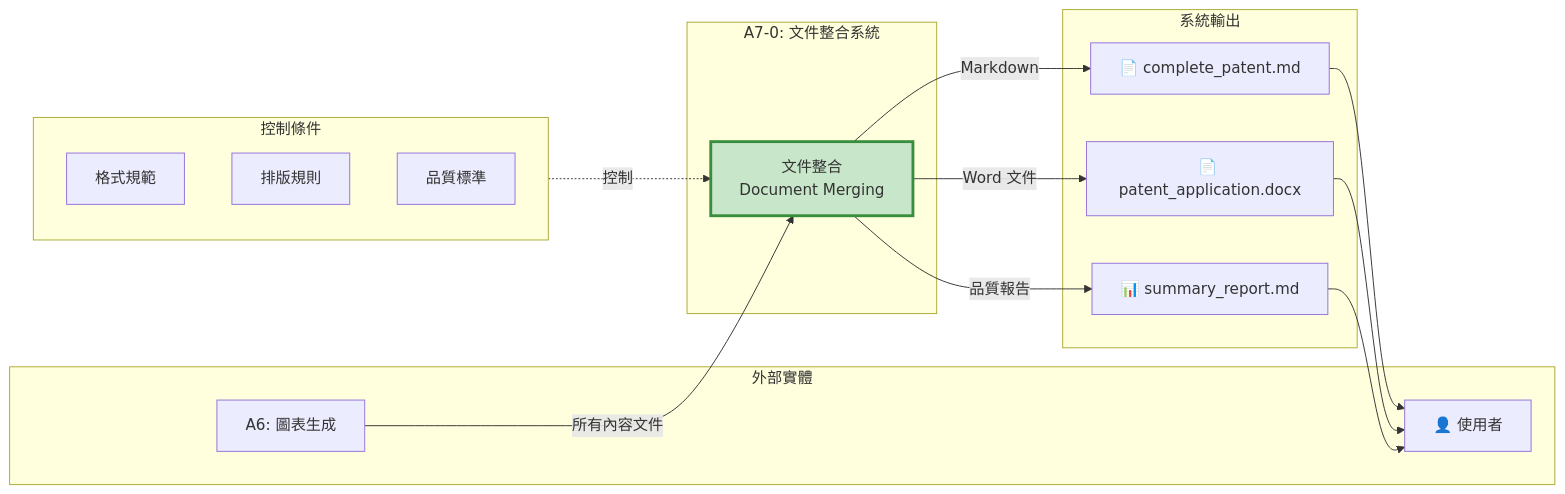
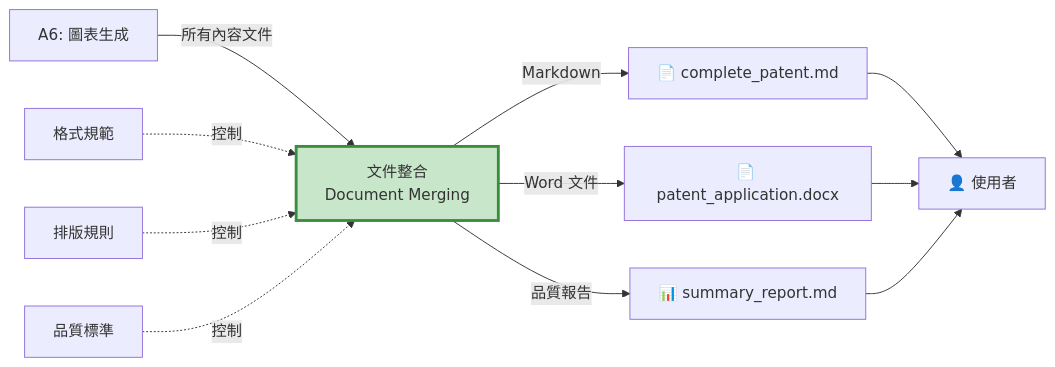
Before and after one commit to Raw1mage/PatentDrafter: the first of 4 diagrams in docs/A7_Document_Merging_IDEF0.md, drawn with Mermaid. The commit also changed other lines of this file and 13 other files, not shown here.

First line of the commit message:
修復所有 Mermaid 圖表語法問題

````diff
--- a/docs/A7_Document_Merging_IDEF0.md
+++ b/docs/A7_Document_Merging_IDEF0.md
@@ -28,36 +28,27 @@
 ```mermaid
-graph LR
-    subgraph External["外部實體"]
-        A6["A6: 圖表生成"]
-        User["👤 使用者"]
-    end
-
-    subgraph A7_System["A7-0: 文件整合系統"]
-        A7["文件整合<br/>Document Merging"]
-    end
-
-    subgraph Controls["控制條件"]
-        FormatRules["格式規範"]
-        Layout["排版規則"]
-        Quality["品質標準"]
-    end
-
-    subgraph Outputs["系統輸出"]
-        MD["📄 complete_patent.md"]
-        DOCX["📄 patent_application.docx"]
-        Report["📊 summary_report.md"]
-    end
+flowchart LR
+    A6["A6: 圖表生成"]
+    User["👤 使用者"]
+    A7["文件整合<br/>Document Merging"]
+    FormatRules["格式規範"]
+    Layout["排版規則"]
+    Quality["品質標準"]
+    MD["📄 complete_patent.md"]
+    DOCX["📄 patent_application.docx"]
+    Report["📊 summary_report.md"]
 
     A6 -->|所有內容文件| A7
-    Controls -.控制.-> A7
+    FormatRules -.控制.-> A7
+    Layout -.控制.-> A7
+    Quality -.控制.-> A7
 
     A7 -->|Markdown| MD
     A7 -->|Word 文件| DOCX
     A7 -->|品質報告| Report
 
     MD --> User
     DOCX --> User
     Report --> User
 
     style A7 fill:#C8E6C9,stroke:#388E3C,stroke-width:3px
 ```
````
